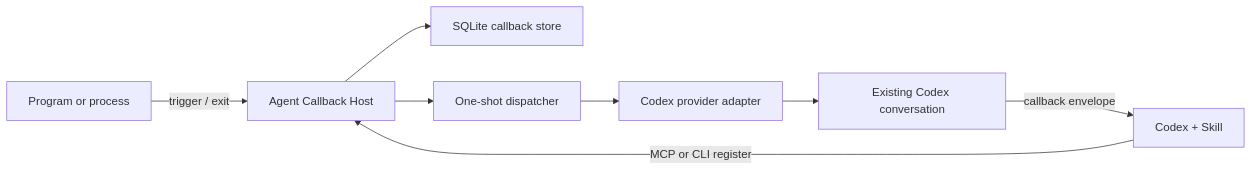
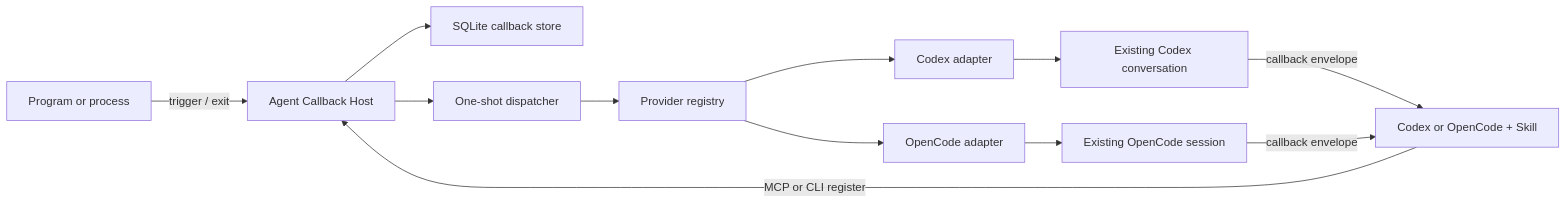
The second of 2 diagrams in docs/product-plan.md (BIOcanse/agent-callback), drawn with Mermaid before and after one commit. The commit also changed other lines of this file and 23 other files, not shown here.

Commit message:
Add OpenCode callback provider

````diff
--- a/docs/product-plan.md
+++ b/docs/product-plan.md
@@ -171,10 +171,14 @@
 ```mermaid
 flowchart LR
     P["Program or process"] -->|"trigger / exit"| H["Agent Callback Host"]
-    C["Codex + Skill"] -->|"MCP or CLI register"| H
+    C["Codex or OpenCode + Skill"] -->|"MCP or CLI register"| H
     H --> S["SQLite callback store"]
     H --> D["One-shot dispatcher"]
-    D --> A["Codex provider adapter"]
+    D --> R["Provider registry"]
+    R --> A["Codex adapter"]
+    R --> O["OpenCode adapter"]
     A --> T["Existing Codex conversation"]
+    O --> U["Existing OpenCode session"]
     T -->|"callback envelope"| C
+    U -->|"callback envelope"| C
 ```
````
